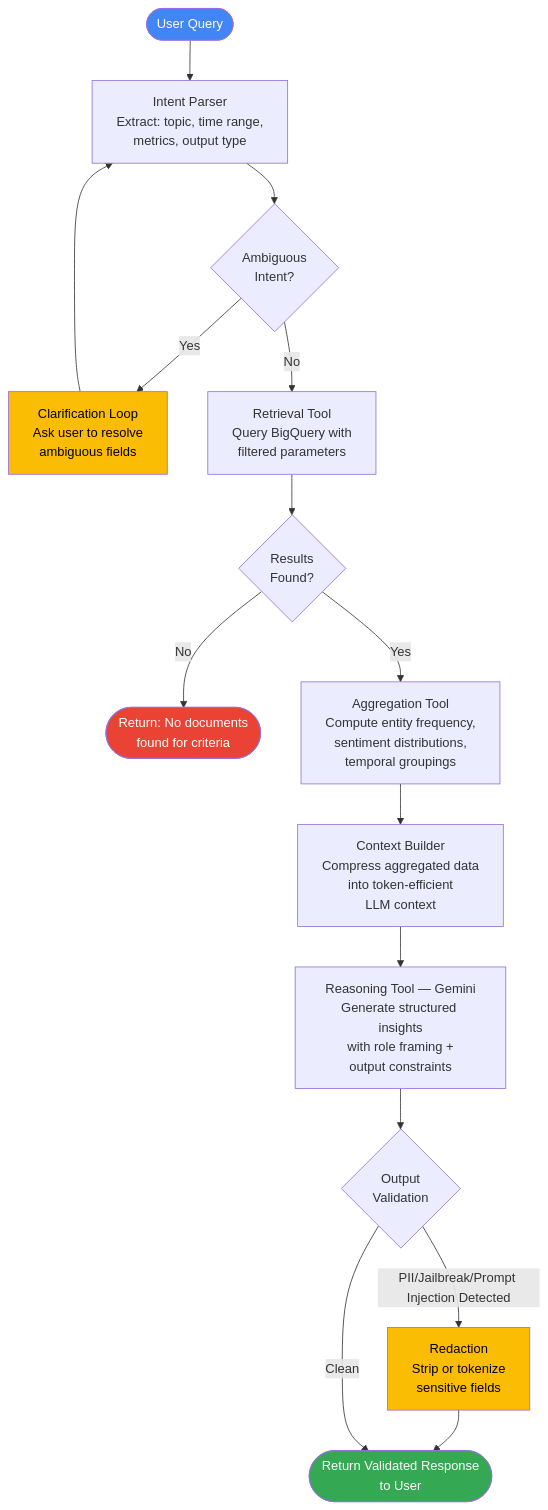
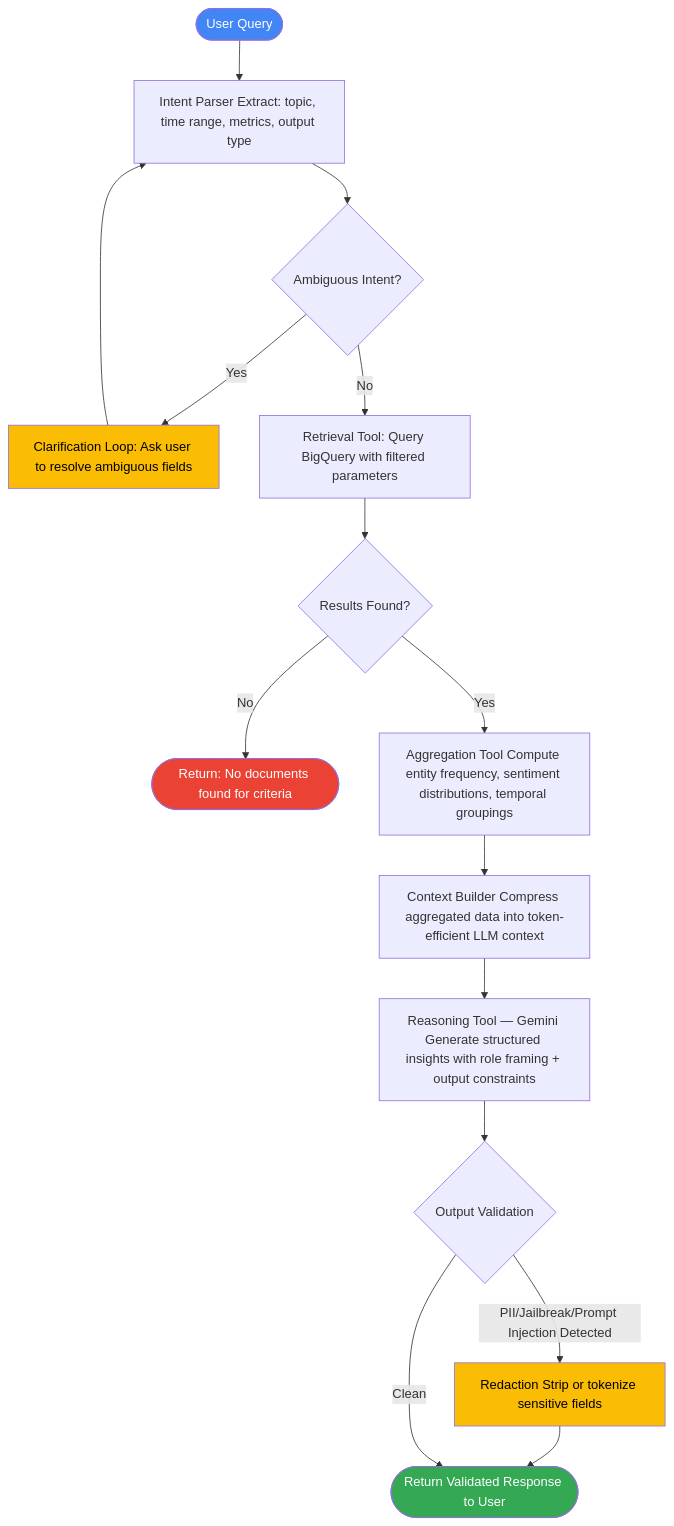
One commit to AthiraSreenath/gcp-document-intelligence-system changed the diagram in Agentic System Design.md. Above: the diagram before and after it, drawn with Mermaid. The commit also changed other lines of this file and 2 other files, not shown here.

Commit message:
updating information in README

````diff
--- a/Agentic System Design.md
+++ b/Agentic System Design.md
@@ -165,25 +165,25 @@
 ```mermaid
 
 flowchart TD
-    A([User Query]) --> B[Intent Parser\nExtract: topic, time range,\nmetrics, output type]
-    B --> C{Ambiguous\nIntent?}
-    C -- Yes --> D[Clarification Loop\nAsk user to resolve\nambiguous fields]
+    A([User Query]) --> B[Intent Parser Extract: topic, time range, metrics, output type]
+    B --> C{Ambiguous Intent?}
+    C -- Yes --> D[Clarification Loop: Ask user to resolve ambiguous fields]
     D --> B
-    C -- No --> E[Retrieval Tool\nQuery BigQuery with\nfiltered parameters]
-    E --> F{Results\nFound?}
-    F -- No --> G([Return: No documents\nfound for criteria])
-    F -- Yes --> H[Aggregation Tool\nCompute entity frequency,\nsentiment distributions,\ntemporal groupings]
-    H --> I[Context Builder\nCompress aggregated data\ninto token-efficient\nLLM context]
-    I --> J[Reasoning Tool — Gemini\nGenerate structured insights\nwith role framing +\noutput constraints]
-    J --> K{Output\nValidation}
-    K -- PII/Jailbreak/Prompt Injection Detected --> L[Redaction\nStrip or tokenize\nsensitive fields]
-    L --> M([Return Validated Response\nto User])
+    C -- No --> E[Retrieval Tool: Query BigQuery with filtered parameters]
+    E --> F{Results Found?}
+    F -- No --> G([Return: No documents found for criteria])
+    F -- Yes --> H[Aggregation Tool Compute entity frequency, sentiment distributions, temporal groupings]
+    H --> I[Context Builder Compress aggregated data into token-efficient LLM context]
+    I --> J[Reasoning Tool — Gemini Generate structured insights with role framing + output constraints]
+    J --> K{Output Validation}
+    K -- PII/Jailbreak/Prompt Injection Detected --> L[Redaction Strip or tokenize sensitive fields]
+    L --> M([Return Validated Response to User])
     K -- Clean --> M
 
     style A fill:#4285F4,color:#fff
     style G fill:#EA4335,color:#fff
     style M fill:#34A853,color:#fff
     style D fill:#FBBC04,color:#000
     style L fill:#FBBC04,color:#000
 
 ```
````
